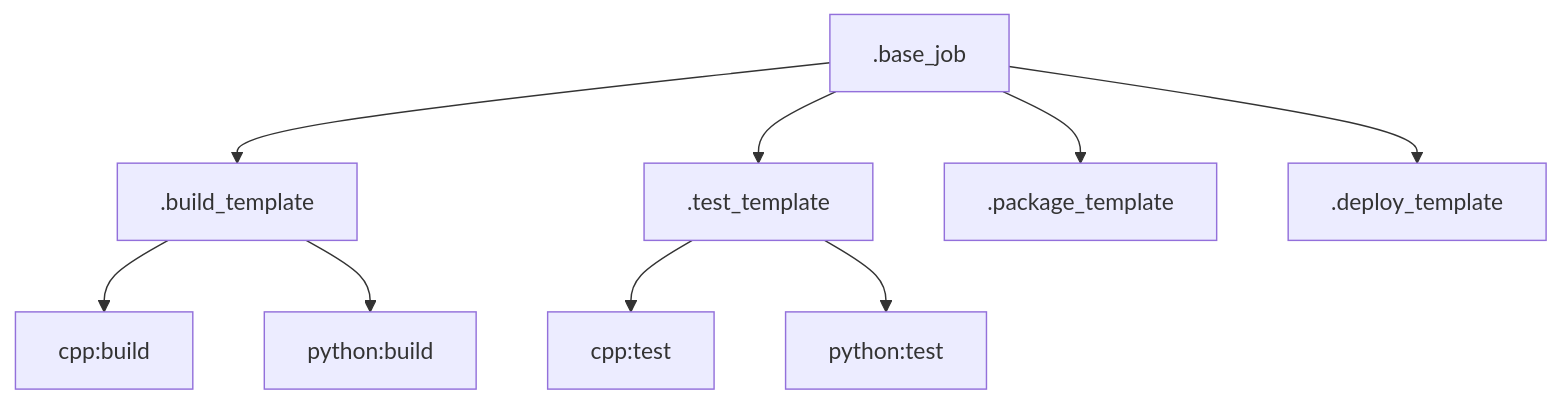
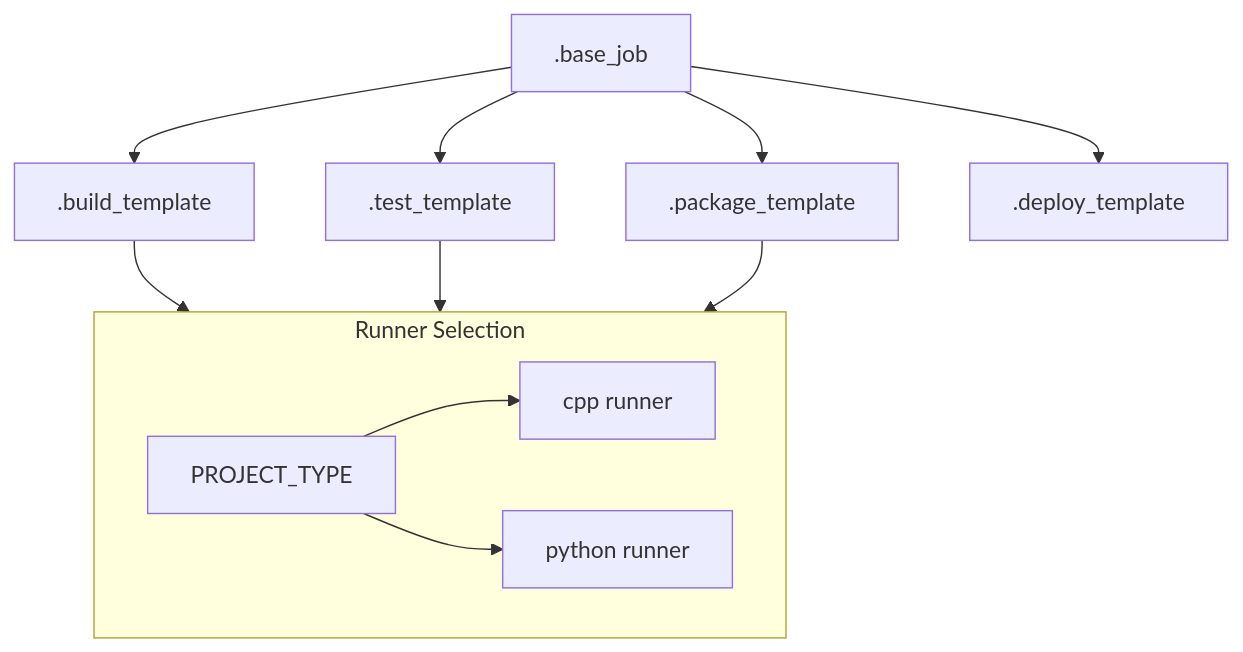
One commit to jlheater/test-project-123456 changed the diagram in docs/ci-cd/job-templates.md. Above: the diagram before and after it, drawn with Mermaid. The commit also changed other lines of this file and 11 other files, not shown here.

Commit message:
Enhance documentation for system requirements and build process, including a structured table of contents and updates to makefile usage for C++ and Python projects.

````diff
--- a/docs/ci-cd/job-templates.md
+++ b/docs/ci-cd/job-templates.md
@@ -24,13 +25,14 @@
 ```mermaid
 flowchart TD
     Base[".base_job"] --> Build[".build_template"]
     Base --> Test[".test_template"]
     Base --> Package[".package_template"]
     Base --> Deploy[".deploy_template"]
     
-    Build --> CPP["cpp:build"]
-    Build --> Python["python:build"]
+    subgraph Runner["Runner Selection"]
+        Type["PROJECT_TYPE"] --> CPP["cpp runner"]
+        Type --> Python["python runner"]
+    end
     
-    Test --> CPPTest["cpp:test"]
-    Test --> PythonTest["python:test"]
+    Build & Test & Package --> Runner
 ```
````
